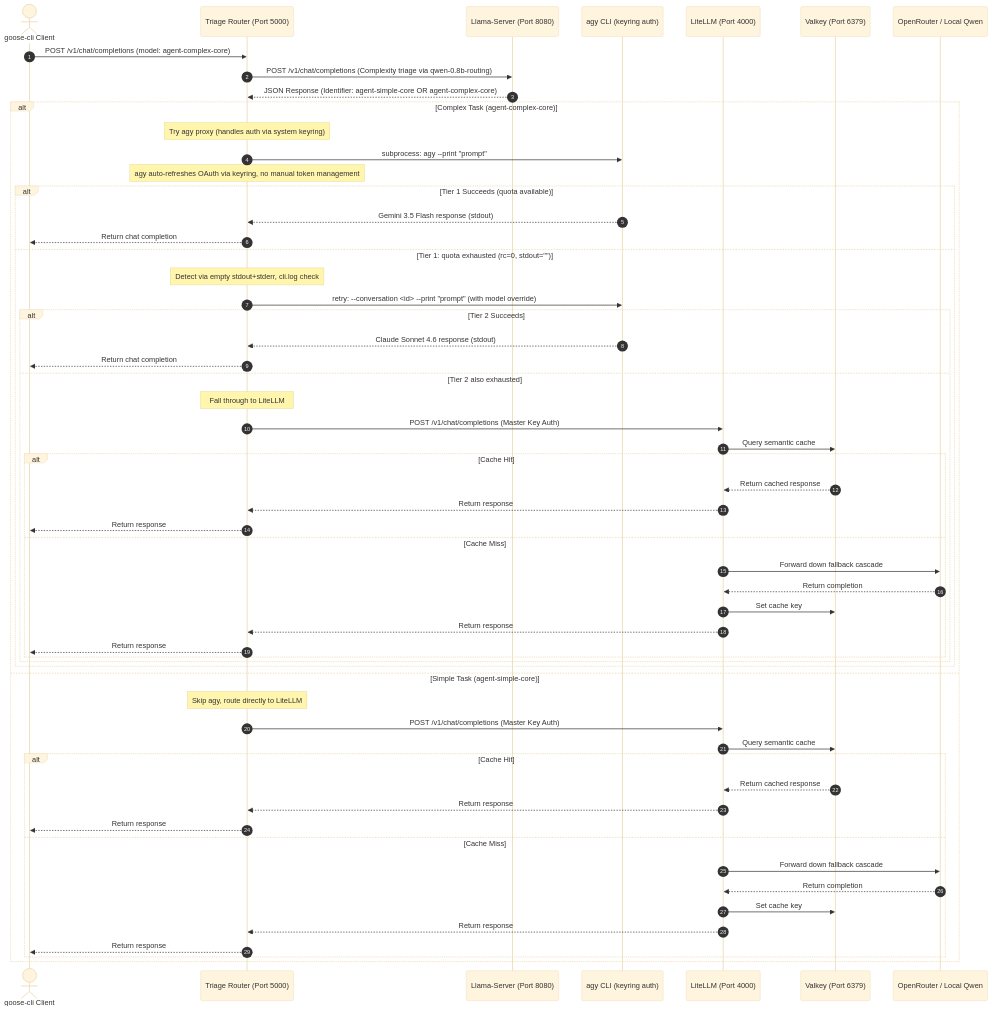
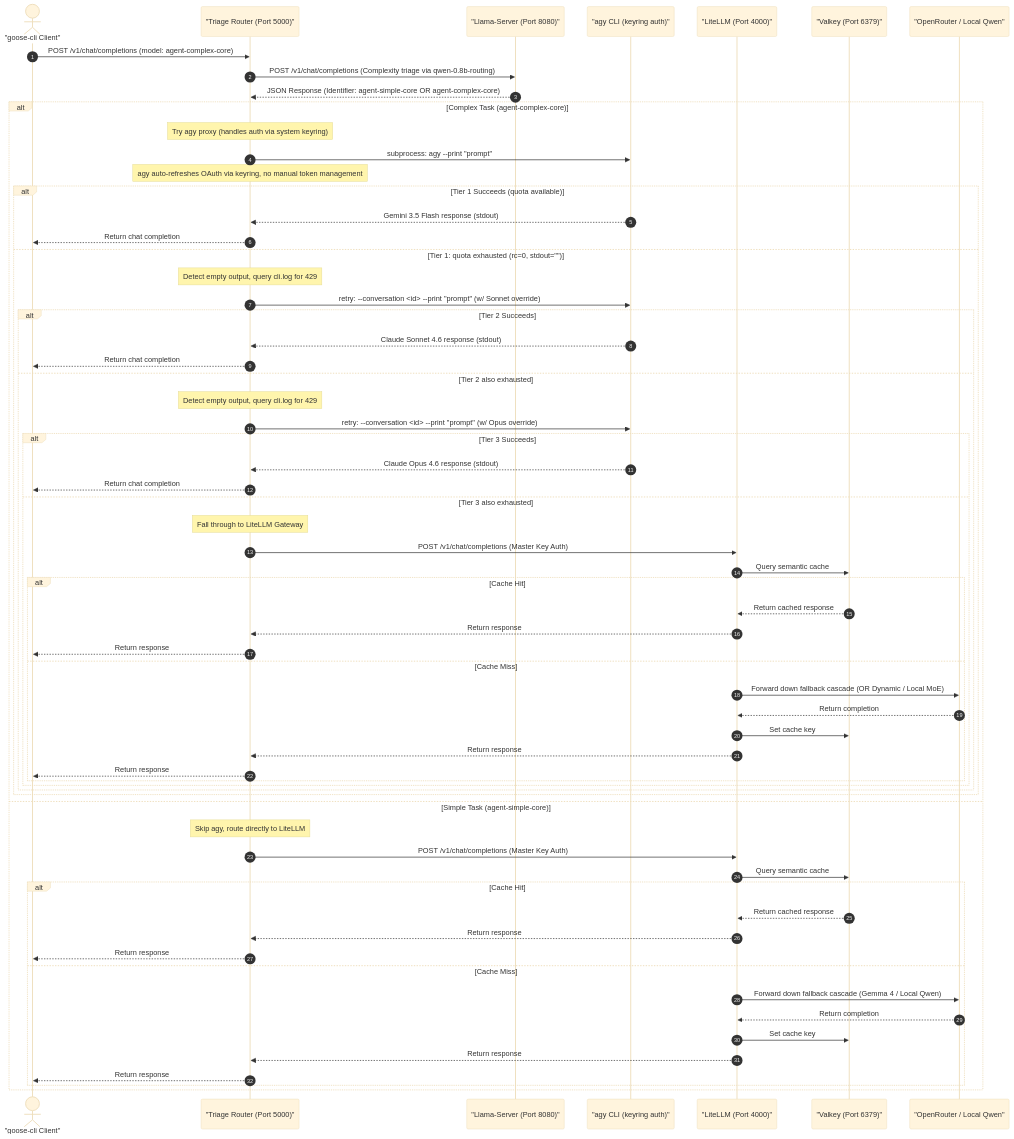
One commit to sheepdestroyer/LLM-Routing changed the second of 2 diagrams in README.md. Above: the diagram before and after it, drawn with Mermaid (base theme). The commit also changed other lines of this file and 2 other files, not shown here.

Commit message:
docs: restore and compile mermaid diagrams, document 3-tier agy fallback, secure credentials with placeholders

````diff
--- a/README.md
+++ b/README.md
@@ -62,63 +67,70 @@
 ```mermaid
 sequenceDiagram
     autonumber
-    actor Client as goose-cli Client
-    participant Router as Triage Router (Port 5000)
-    participant Llama as Llama-Server (Port 8080)
-    participant Agy as agy CLI (keyring auth)
-    participant Proxy as LiteLLM (Port 4000)
-    participant Cache as Valkey (Port 6379)
-    participant Provider as OpenRouter / Local Qwen
+    actor Client as "goose-cli Client"
+    participant Router as "Triage Router (Port 5000)"
+    participant Llama as "Llama-Server (Port 8080)"
+    participant Agy as "agy CLI (keyring auth)"
+    participant Proxy as "LiteLLM (Port 4000)"
+    participant Cache as "Valkey (Port 6379)"
+    participant Provider as "OpenRouter / Local Qwen"
 
     Client->>Router: POST /v1/chat/completions (model: agent-complex-core)
     Router->>Llama: POST /v1/chat/completions (Complexity triage via qwen-0.8b-routing)
     Llama-->>Router: JSON Response (Identifier: agent-simple-core OR agent-complex-core)
     
     alt Complex Task (agent-complex-core)
         Note over Router: Try agy proxy (handles auth via system keyring)
         Router->>Agy: subprocess: agy --print "prompt"
         Note over Router: agy auto-refreshes OAuth via keyring, no manual token management
         
         alt Tier 1 Succeeds (quota available)
             Agy-->>Router: Gemini 3.5 Flash response (stdout)
             Router-->>Client: Return chat completion
         else Tier 1: quota exhausted (rc=0, stdout="")
-            Note over Router: Detect via empty stdout+stderr, cli.log check
-            Router->>Agy: retry: --conversation <id> --print "prompt" (with model override)
+            Note over Router: Detect empty output, query cli.log for 429
+            Router->>Agy: retry: --conversation <id> --print "prompt" (w/ Sonnet override)
             alt Tier 2 Succeeds
                 Agy-->>Router: Claude Sonnet 4.6 response (stdout)
                 Router-->>Client: Return chat completion
             else Tier 2 also exhausted
-                Note over Router: Fall through to LiteLLM
-                Router->>Proxy: POST /v1/chat/completions (Master Key Auth)
-                Proxy->>Cache: Query semantic cache
-                alt Cache Hit
-                    Cache-->>Proxy: Return cached response
-                    Proxy-->>Router: Return response
-                    Router-->>Client: Return response
-                else Cache Miss
-                    Proxy->>Provider: Forward down fallback cascade
-                    Provider-->>Proxy: Return completion
-                    Proxy->>Cache: Set cache key
-                    Proxy-->>Router: Return response
-                    Router-->>Client: Return response
+                Note over Router: Detect empty output, query cli.log for 429
+                Router->>Agy: retry: --conversation <id> --print "prompt" (w/ Opus override)
+                alt Tier 3 Succeeds
+                    Agy-->>Router: Claude Opus 4.6 response (stdout)
+                    Router-->>Client: Return chat completion
+                else Tier 3 also exhausted
+                    Note over Router: Fall through to LiteLLM Gateway
+                    Router->>Proxy: POST /v1/chat/completions (Master Key Auth)
+                    Proxy->>Cache: Query semantic cache
+                    alt Cache Hit
+                        Cache-->>Proxy: Return cached response
+                        Proxy-->>Router: Return response
+                        Router-->>Client: Return response
+                    else Cache Miss
+                        Proxy->>Provider: Forward down fallback cascade (OR Dynamic / Local MoE)
+                        Provider-->>Proxy: Return completion
+                        Proxy->>Cache: Set cache key
+                        Proxy-->>Router: Return response
+                        Router-->>Client: Return response
+                    end
                 end
             end
         end
     else Simple Task (agent-simple-core)
         Note over Router: Skip agy, route directly to LiteLLM
         Router->>Proxy: POST /v1/chat/completions (Master Key Auth)
         Proxy->>Cache: Query semantic cache
         alt Cache Hit
             Cache-->>Proxy: Return cached response
             Proxy-->>Router: Return response
             Router-->>Client: Return response
         else Cache Miss
-            Proxy->>Provider: Forward down fallback cascade
+            Proxy->>Provider: Forward down fallback cascade (Gemma 4 / Local Qwen)
             Provider-->>Proxy: Return completion
             Proxy->>Cache: Set cache key
             Proxy-->>Router: Return response
             Router-->>Client: Return response
         end
     end
 ```
````
